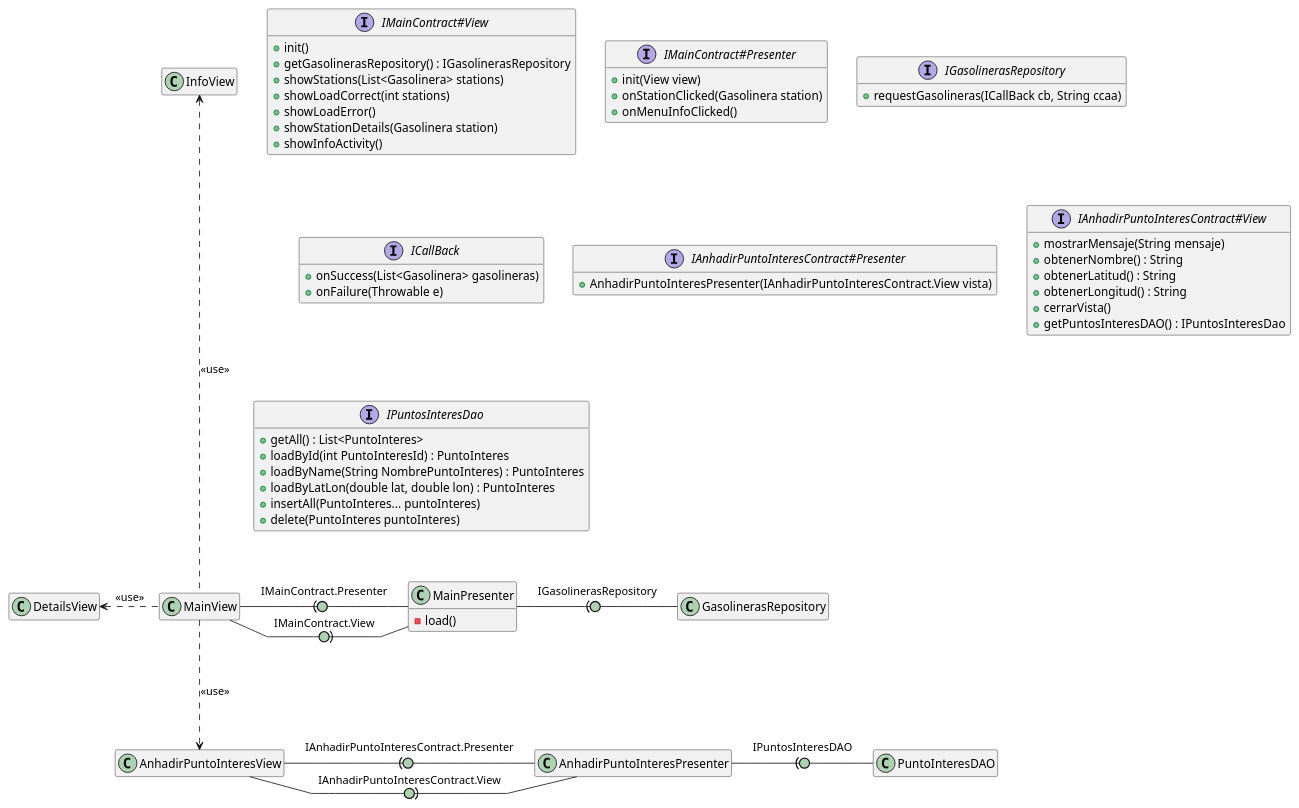
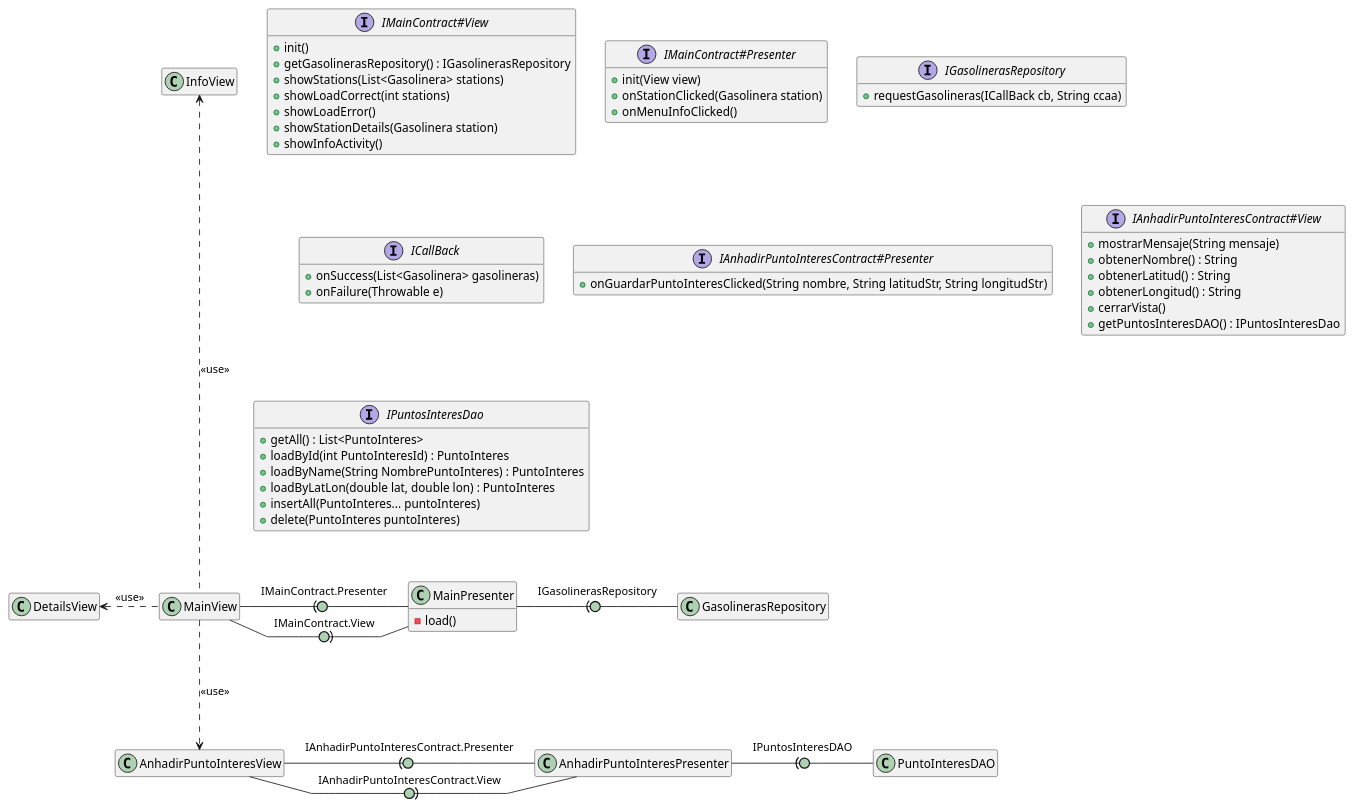
The diagram in Docs/Models/architecture.puml (rivasjm/App-Gasolineras-Grupo2), drawn with PlantUML before and after one commit.

```diff
--- a/Docs/Models/architecture.puml
+++ b/Docs/Models/architecture.puml
@@ -1,69 +1,69 @@
 @startuml clases
 
 hide empty members
 skinparam linetype polyline
 skinparam arrowLollipopColor #ADD1B2
 
 MainView -right(0- MainPresenter : IMainContract.Presenter
 MainView -right0)- MainPresenter : IMainContract.View
 MainView -up..-> InfoView : <<use>>
 MainView -left..> DetailsView : <<use>>
 MainView -down..> AnhadirPuntoInteresView : <<use>>
 MainPresenter -right(0- GasolinerasRepository : IGasolinerasRepository
 
 AnhadirPuntoInteresView -right(0- AnhadirPuntoInteresPresenter : IAnhadirPuntoInteresContract.Presenter
 AnhadirPuntoInteresView -right0)- AnhadirPuntoInteresPresenter : IAnhadirPuntoInteresContract.View
 AnhadirPuntoInteresPresenter -right(0- PuntoInteresDAO : IPuntosInteresDAO
 
 class MainPresenter {
     -load()
 }
 
 interface IMainContract#View {
     + init()
     + getGasolinerasRepository() : IGasolinerasRepository
     + showStations(List<Gasolinera> stations)
     + showLoadCorrect(int stations)
     + showLoadError()
     + showStationDetails(Gasolinera station)
     + showInfoActivity()
 }
 
 interface IMainContract#Presenter {
     + init(View view)
     + onStationClicked(Gasolinera station)
     + onMenuInfoClicked()
 }
 
 interface IGasolinerasRepository {
     + requestGasolineras(ICallBack cb, String ccaa)
 }
 
 interface ICallBack {
     + onSuccess(List<Gasolinera> gasolineras)
     + onFailure(Throwable e)
 }
 
 interface IAnhadirPuntoInteresContract#Presenter {
-    + AnhadirPuntoInteresPresenter(IAnhadirPuntoInteresContract.View vista)
+    + onGuardarPuntoInteresClicked(String nombre, String latitudStr, String longitudStr)
 }
 
 interface IAnhadirPuntoInteresContract#View {
     + mostrarMensaje(String mensaje)
     + obtenerNombre() : String
     + obtenerLatitud() : String
     + obtenerLongitud() : String
     + cerrarVista()
     + getPuntosInteresDAO() : IPuntosInteresDao
 }
 
 interface IPuntosInteresDao {
     + getAll() : List<PuntoInteres>
     + loadById(int PuntoInteresId) : PuntoInteres
     + loadByName(String NombrePuntoInteres) : PuntoInteres
     + loadByLatLon(double lat, double lon) : PuntoInteres
     + insertAll(PuntoInteres... puntoInteres)
     + delete(PuntoInteres puntoInteres)
 }
 
 @enduml
```
